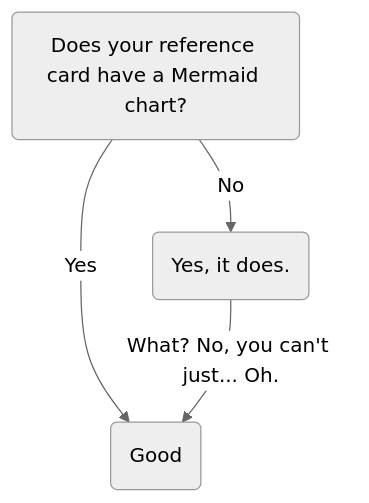
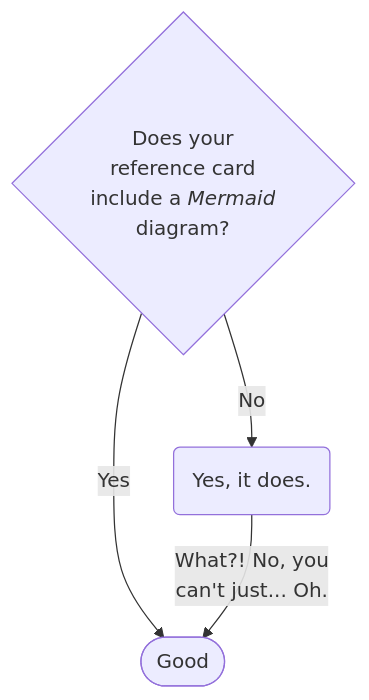
The diagram in docs/ref.md (CSCfi/csc-user-guide), drawn with Mermaid before and after one commit. The commit also changed other lines of this file, not shown here.

First line of the commit message:
Updates for Reference card

````diff
--- a/docs/ref.md
+++ b/docs/ref.md
@@ -476,7 +679,14 @@
 ```mermaid
-%%{init: {'theme': 'neutral' }}%%
-graph TD
-    A(Does your reference card have a Mermaid chart?) -->|Yes| B(Good)
-    A -->|No| C(Yes, it does.)
-    C --> |What? No, you can't just... Oh.| B
+flowchart TD
+    A{"`Does your
+        reference card
+        include a _Mermaid_
+        diagram?`"}
+    B(Yes, it does.)
+    C([Good])
+
+    A-->|Yes| C
+    A -->|No| B
+    B --> |"`What?! No, you
+             can't just... Oh.`"| C
 ```
````
